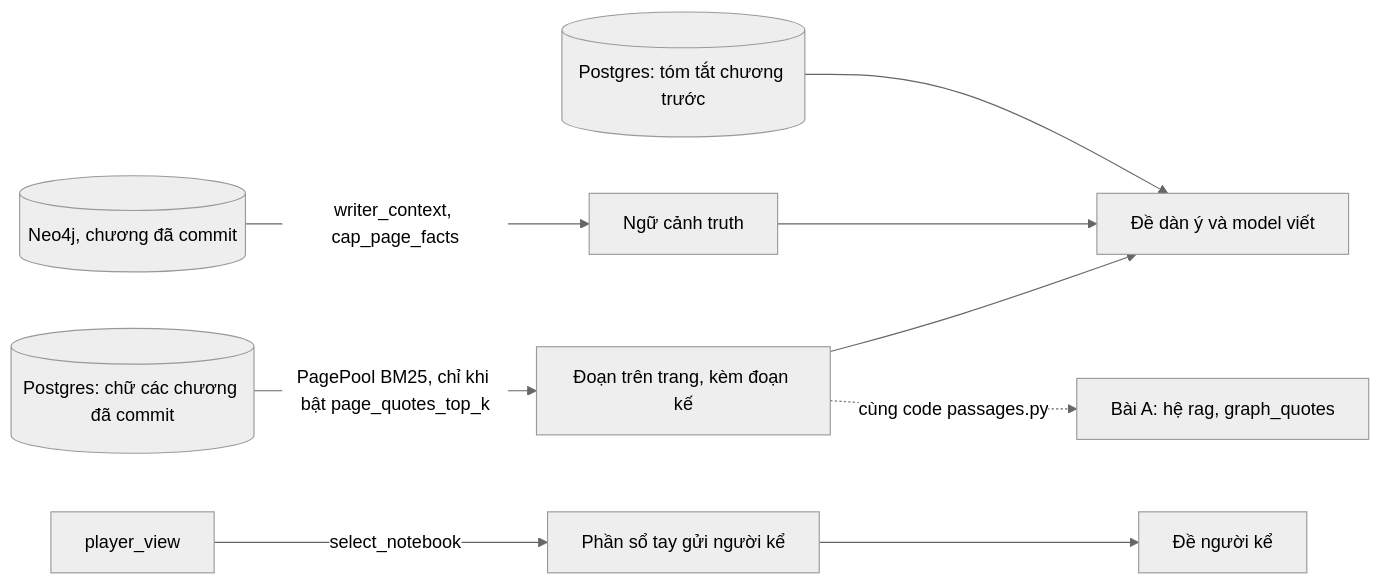
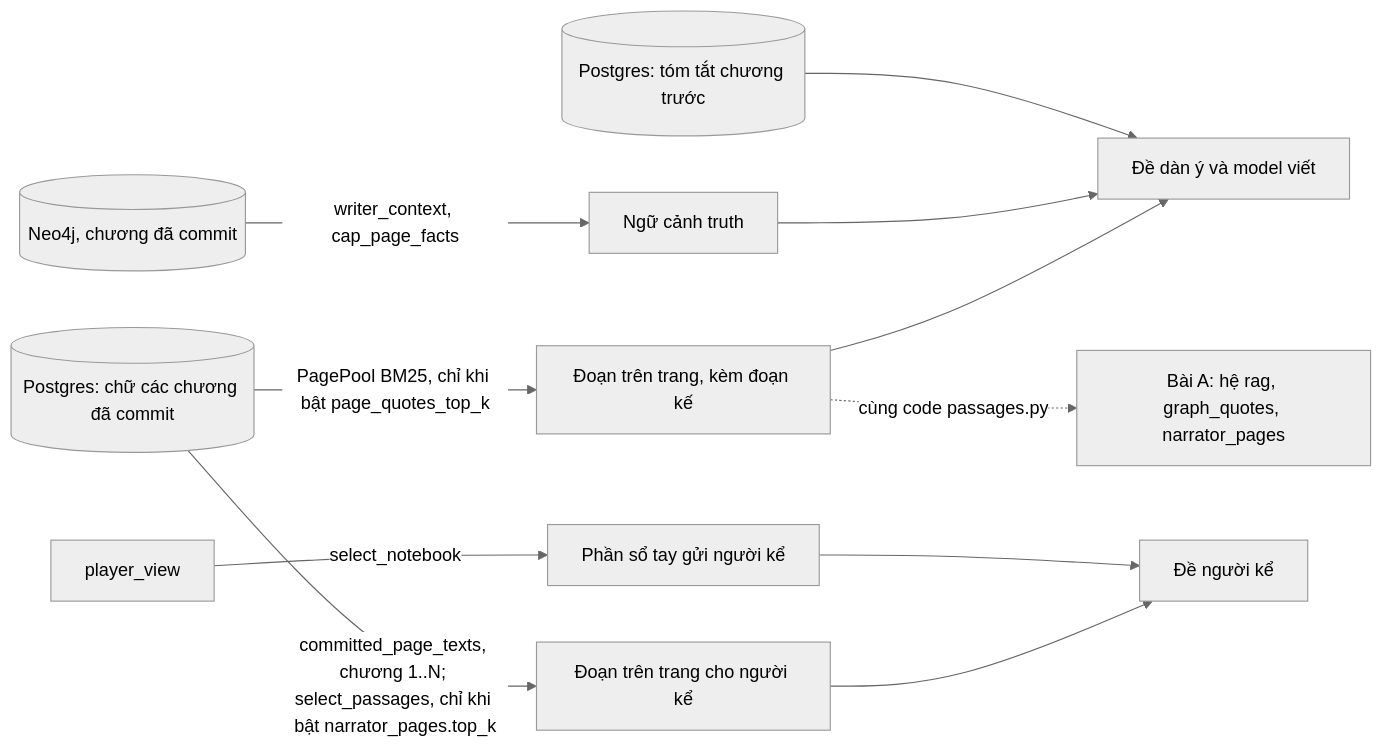
The ninth of 12 diagrams in docs/architecture.md (orms147/writory), drawn with Mermaid (neutral theme) before and after one commit. The commit also changed other lines of this file and 27 other files, not shown here.

First line of the commit message:
feat(narrator): người kể đọc đoạn trên trang đã đọc, đề narrator-4 (D-143)

````diff
--- a/docs/architecture.md
+++ b/docs/architecture.md
@@ -346,11 +347,13 @@
 ```mermaid
 flowchart LR
   neo[("Neo4j, chương đã commit")] -->|writer_context, cap_page_facts| wc["Ngữ cảnh truth"]
   pages[("Postgres: chữ các chương đã commit")] -->|PagePool BM25, chỉ khi bật page_quotes_top_k| pq["Đoạn trên trang, kèm đoạn kế"]
   sums[("Postgres: tóm tắt chương trước")] --> prompt["Đề dàn ý và model viết"]
   wc --> prompt
   pq --> prompt
   pv["player_view"] -->|select_notebook| nb["Phần sổ tay gửi người kể"]
   nb --> narr["Đề người kể"]
-  pq -.->|cùng code passages.py| benchA["Bài A: hệ rag, graph_quotes"]
+  pages -->|committed_page_texts, chương 1..N; select_passages, chỉ khi bật narrator_pages.top_k| np["Đoạn trên trang cho người kể"]
+  np --> narr
+  pq -.->|cùng code passages.py| benchA["Bài A: hệ rag, graph_quotes, narrator_pages"]
 ```
````
